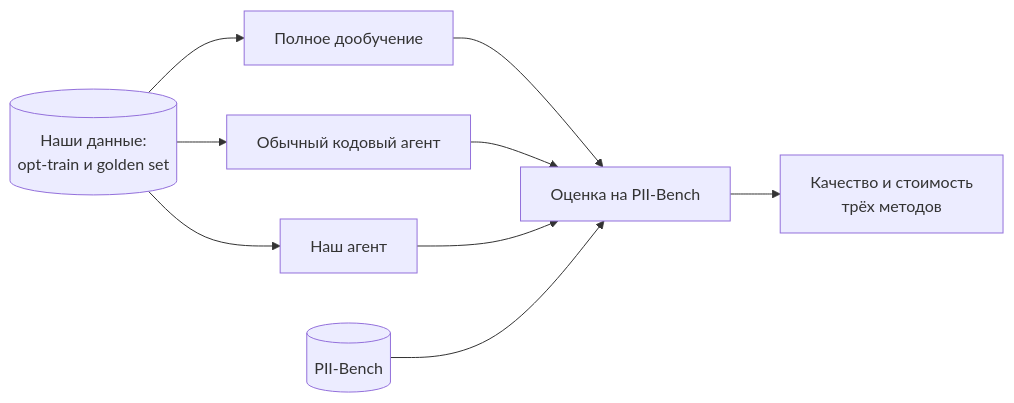
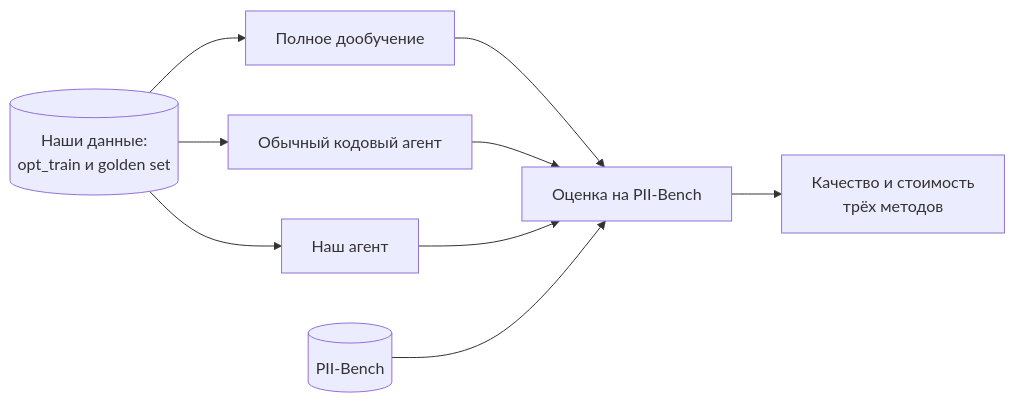
One commit to Bolshoipudel/MLSD_PII_AGENT changed the third of 3 diagrams in docs/ml_system_design_doc.md. Above: the diagram before and after it, drawn with Mermaid. The commit also changed other lines of this file and 37 other files, not shown here.

````diff
--- a/docs/ml_system_design_doc.md
+++ b/docs/ml_system_design_doc.md
@@ -201,11 +201,11 @@
 ```mermaid
 flowchart LR
-    D[("Наши данные:<br/>opt-train и golden set")] --> B1["Полное дообучение"]
+    D[("Наши данные:<br/>opt_train и golden set")] --> B1["Полное дообучение"]
     D --> B2["Обычный кодовый агент"]
     D --> A["Наш агент"]
     B1 --> E["Оценка на PII-Bench"]
     B2 --> E
     A --> E
     PB[("PII-Bench")] --> E
     E --> R["Качество и стоимость<br/>трёх методов"]
 ```
````
